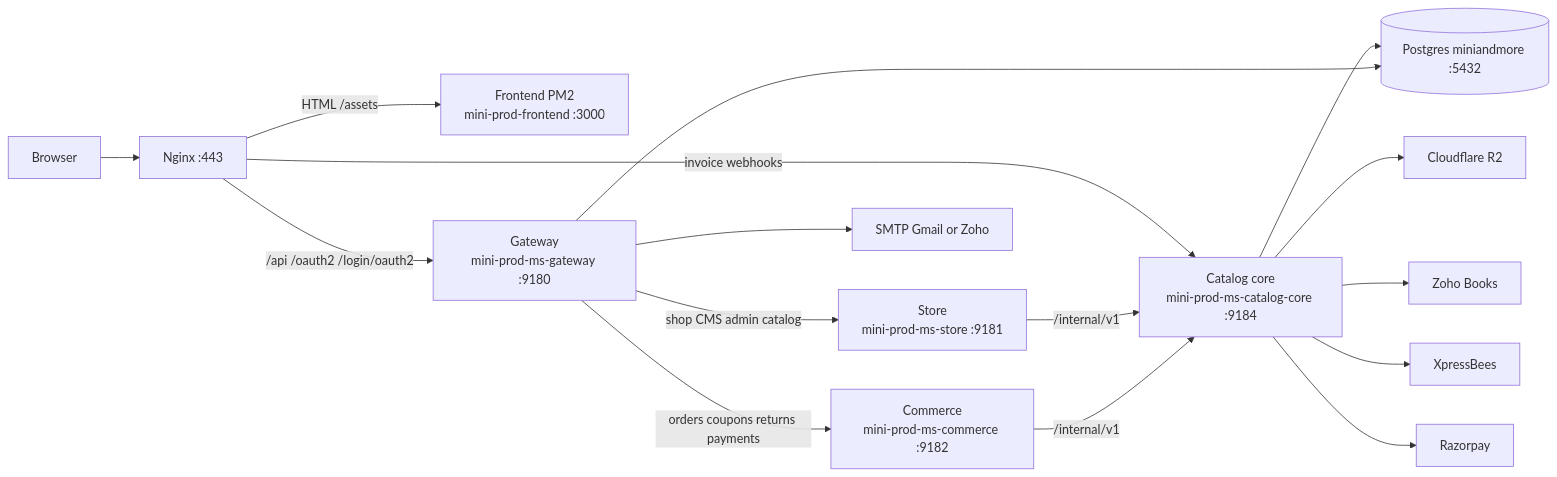
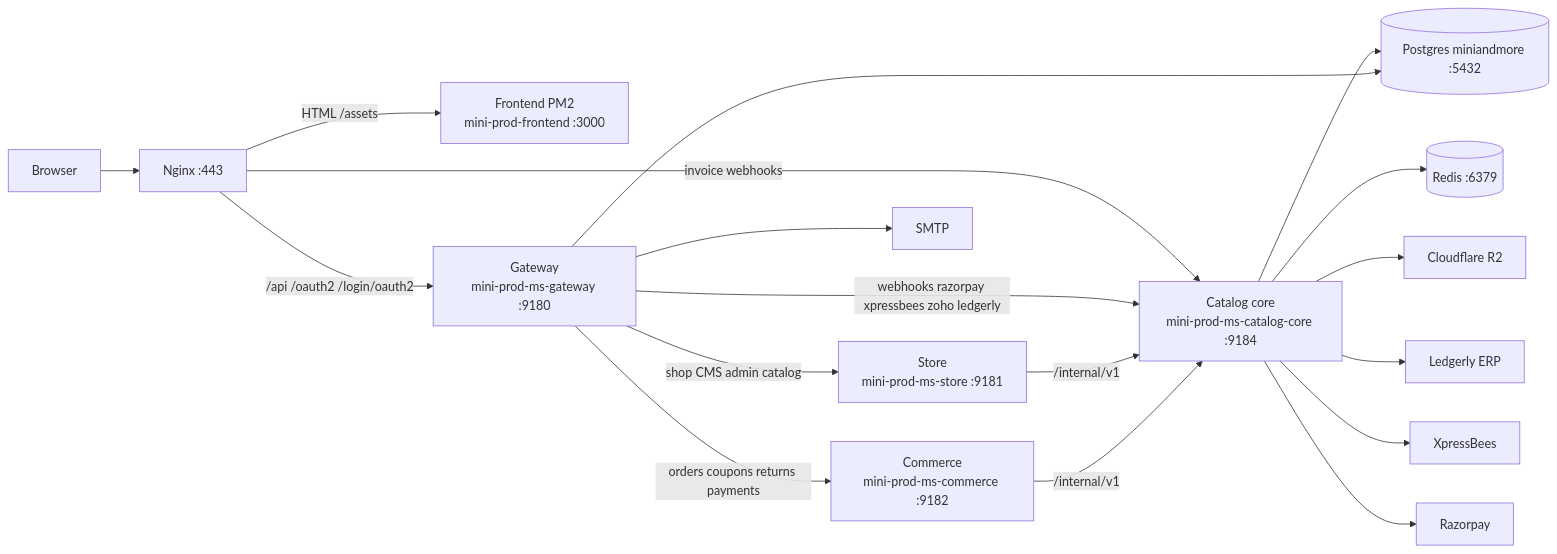
The diagram in docs/handover/architecture-diagram.md (daivagitt/Minisnmore), drawn with Mermaid before and after one commit. The commit also changed other lines of this file and 1271 other files, not shown here.

````diff
--- a/docs/handover/architecture-diagram.md
+++ b/docs/handover/architecture-diagram.md
@@ -12,32 +12,35 @@
 ```mermaid
 flowchart LR
   Browser["Browser"]
   Nginx["Nginx :443"]
   FE["Frontend PM2<br/>mini-prod-frontend :3000"]
   GW["Gateway<br/>mini-prod-ms-gateway :9180"]
   ST["Store<br/>mini-prod-ms-store :9181"]
   CM["Commerce<br/>mini-prod-ms-commerce :9182"]
   CC["Catalog core<br/>mini-prod-ms-catalog-core :9184"]
   PG[("Postgres miniandmore :5432")]
+  Redis[("Redis :6379")]
   R2["Cloudflare R2"]
-  Zoho["Zoho Books"]
+  Ledgerly["Ledgerly ERP"]
   XB["XpressBees"]
   Rzp["Razorpay"]
-  Mail["SMTP Gmail or Zoho"]
+  Mail["SMTP"]
 
   Browser --> Nginx
   Nginx -->|HTML /assets| FE
   Nginx -->|"/api /oauth2 /login/oauth2"| GW
   Nginx -->|"invoice webhooks"| CC
   GW -->|shop CMS admin catalog| ST
   GW -->|orders coupons returns payments| CM
+  GW -->|webhooks razorpay xpressbees zoho ledgerly| CC
   ST -->|/internal/v1| CC
   CM -->|/internal/v1| CC
   CC --> PG
   GW --> PG
+  CC --> Redis
   CC --> R2
-  CC --> Zoho
+  CC --> Ledgerly
   CC --> XB
   CC --> Rzp
   GW --> Mail
 ```
````
